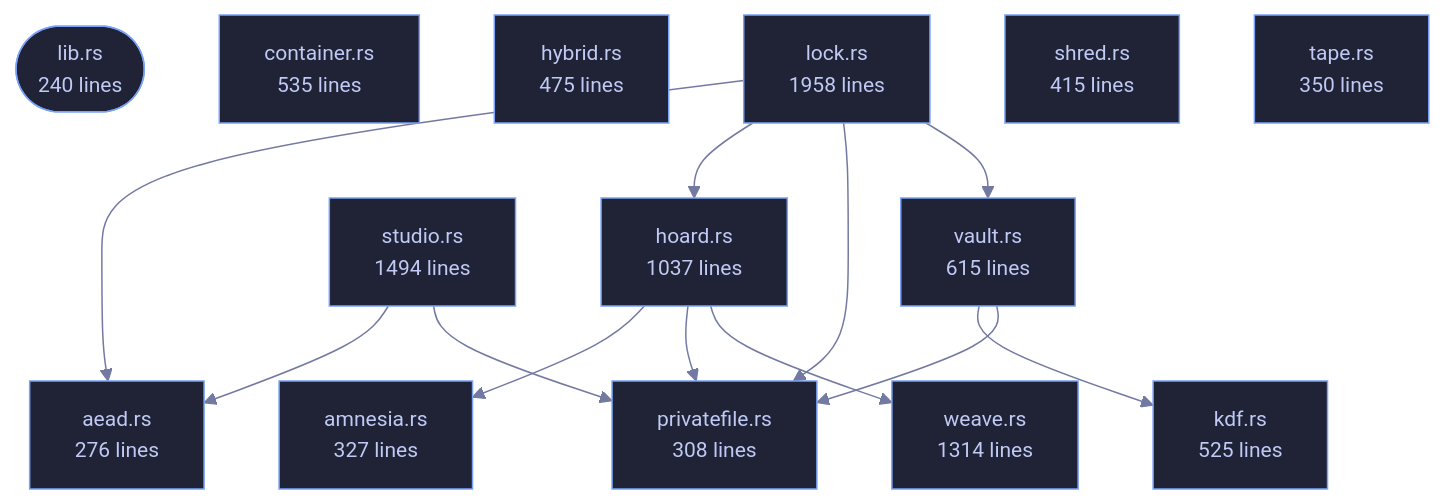
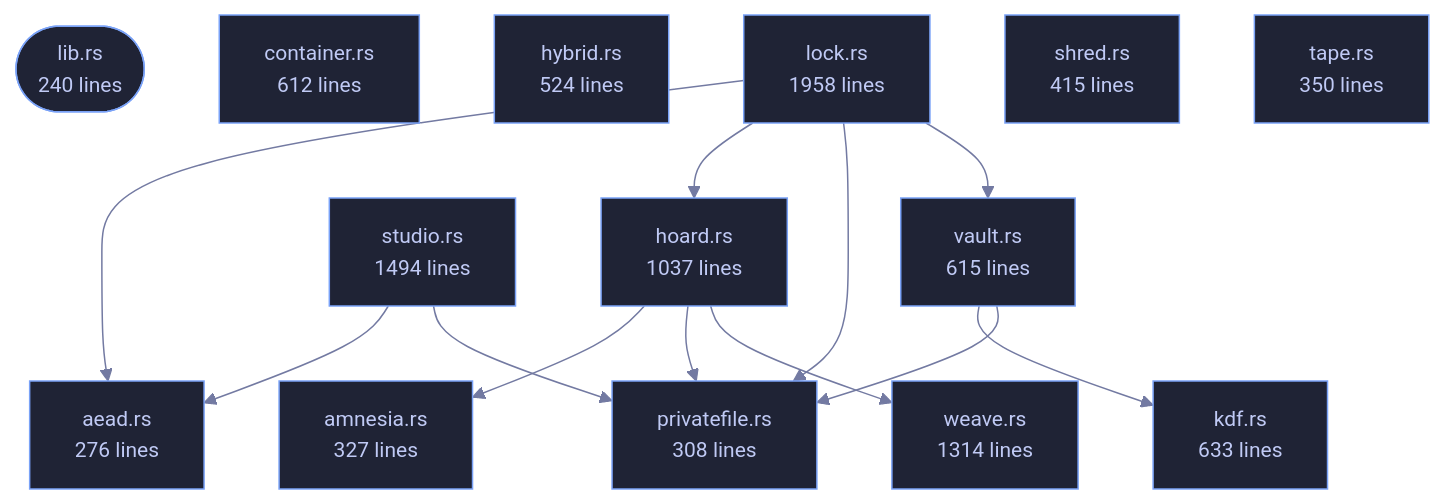
Before and after one commit to tilas01/veilvoice: the diagram in crates/veilvoice-crypto/README.md, drawn with Mermaid. The commit also changed other lines of this file and 31 other files, not shown here.

````diff
--- a/crates/veilvoice-crypto/README.md
+++ b/crates/veilvoice-crypto/README.md
@@ -108,43 +108,43 @@
 ```mermaid
 %%{init: {"theme":"base","themeVariables":{"background":"#1a1b26","primaryColor":"#1f2335","primaryTextColor":"#c0caf5","primaryBorderColor":"#7aa2f7","secondaryColor":"#16161e","tertiaryColor":"#16161e","lineColor":"#737aa2","textColor":"#c0caf5","mainBkg":"#1f2335","nodeBorder":"#7aa2f7","clusterBkg":"#16161e","clusterBorder":"#2f3549","fontFamily":"ui-monospace, SFMono-Regular, Consolas, monospace","fontSize":"14px"}}}%%
 flowchart TD
     n_lib(["lib.rs<br/>240 lines"])
     n_aead["aead.rs<br/>276 lines"]
     n_amnesia["amnesia.rs<br/>327 lines"]
-    n_container["container.rs<br/>535 lines"]
+    n_container["container.rs<br/>612 lines"]
     n_hoard["hoard.rs<br/>1037 lines"]
-    n_hybrid["hybrid.rs<br/>475 lines"]
-    n_kdf["kdf.rs<br/>525 lines"]
+    n_hybrid["hybrid.rs<br/>524 lines"]
+    n_kdf["kdf.rs<br/>633 lines"]
     n_lock["lock.rs<br/>1958 lines"]
     n_privatefile["privatefile.rs<br/>308 lines"]
     n_shred["shred.rs<br/>415 lines"]
     n_studio["studio.rs<br/>1494 lines"]
     n_tape["tape.rs<br/>350 lines"]
     n_vault["vault.rs<br/>615 lines"]
     n_weave["weave.rs<br/>1314 lines"]
     n_hoard --> n_amnesia
     n_hoard --> n_privatefile
     n_hoard --> n_weave
     n_lock --> n_aead
     n_lock --> n_hoard
     n_lock --> n_privatefile
     n_lock --> n_vault
     n_studio --> n_aead
     n_studio --> n_privatefile
     n_vault --> n_kdf
     n_vault --> n_privatefile
     click n_lib href "https://github.com/tilas01/veilvoice/blob/main/crates/veilvoice-crypto/src/lib.rs" "open the source"
     click n_aead href "https://github.com/tilas01/veilvoice/blob/main/crates/veilvoice-crypto/src/aead.rs" "open the source"
     click n_amnesia href "https://github.com/tilas01/veilvoice/blob/main/crates/veilvoice-crypto/src/amnesia.rs" "open the source"
     click n_container href "https://github.com/tilas01/veilvoice/blob/main/crates/veilvoice-crypto/src/container.rs" "open the source"
     click n_hoard href "https://github.com/tilas01/veilvoice/blob/main/crates/veilvoice-crypto/src/hoard.rs" "open the source"
     click n_hybrid href "https://github.com/tilas01/veilvoice/blob/main/crates/veilvoice-crypto/src/hybrid.rs" "open the source"
     click n_kdf href "https://github.com/tilas01/veilvoice/blob/main/crates/veilvoice-crypto/src/kdf.rs" "open the source"
     click n_lock href "https://github.com/tilas01/veilvoice/blob/main/crates/veilvoice-crypto/src/lock.rs" "open the source"
     click n_privatefile href "https://github.com/tilas01/veilvoice/blob/main/crates/veilvoice-crypto/src/privatefile.rs" "open the source"
     click n_shred href "https://github.com/tilas01/veilvoice/blob/main/crates/veilvoice-crypto/src/shred.rs" "open the source"
     click n_studio href "https://github.com/tilas01/veilvoice/blob/main/crates/veilvoice-crypto/src/studio.rs" "open the source"
     click n_tape href "https://github.com/tilas01/veilvoice/blob/main/crates/veilvoice-crypto/src/tape.rs" "open the source"
     click n_vault href "https://github.com/tilas01/veilvoice/blob/main/crates/veilvoice-crypto/src/vault.rs" "open the source"
     click n_weave href "https://github.com/tilas01/veilvoice/blob/main/crates/veilvoice-crypto/src/weave.rs" "open the source"
 ```
````
